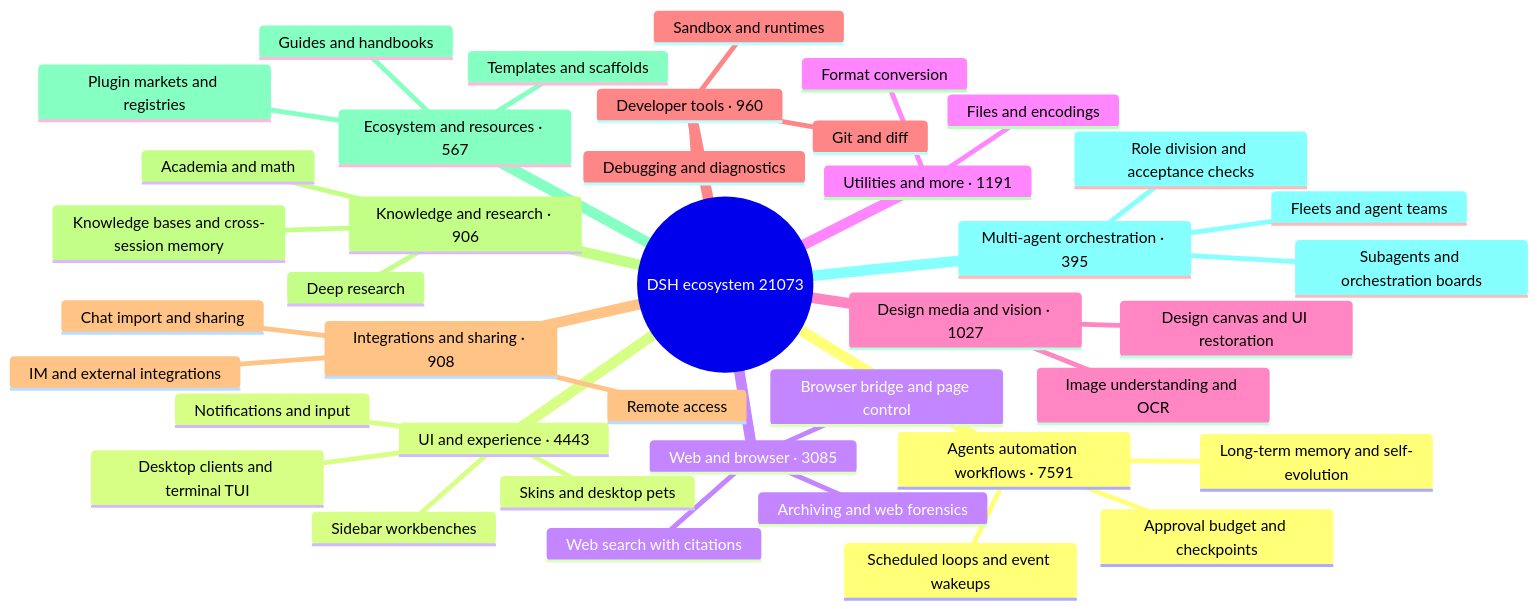
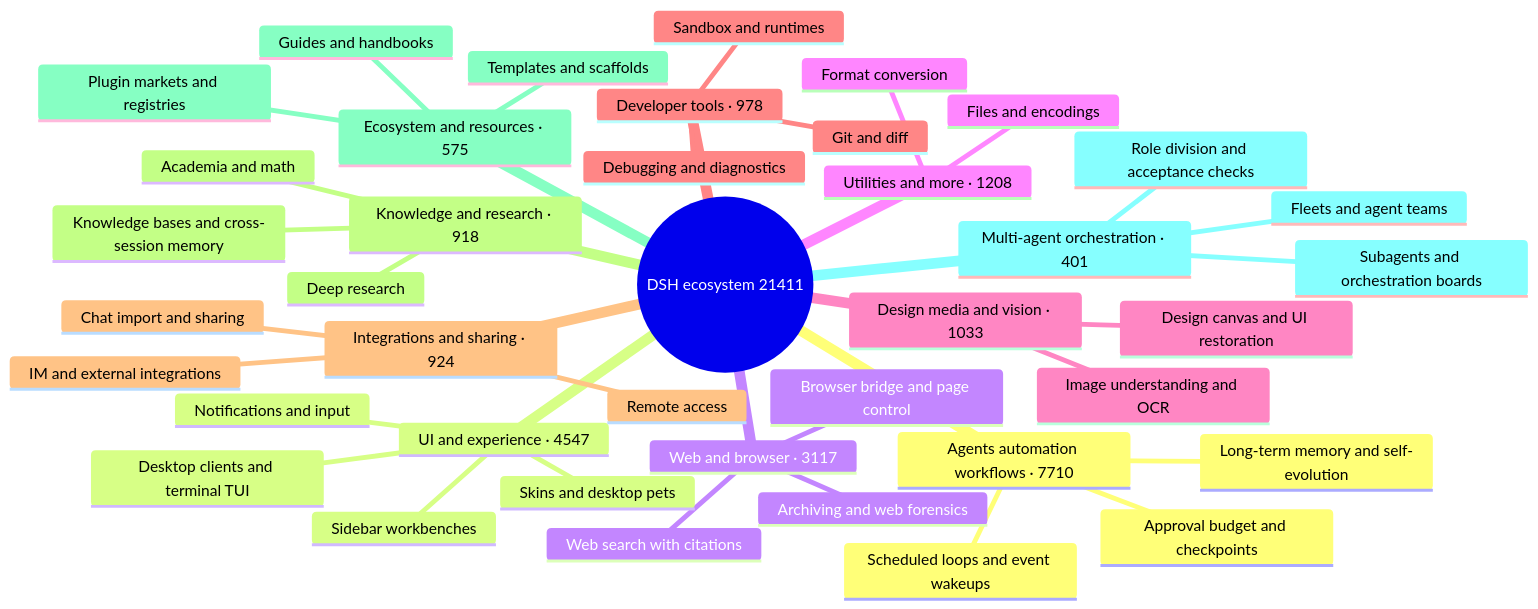
The diagram in README_EN.md (bruc3van/awesome-dsh-plugin), drawn with Mermaid before and after one commit. The commit also changed other lines of this file and 27 other files, not shown here.

````diff
--- a/README_EN.md
+++ b/README_EN.md
@@ -40,43 +40,43 @@
 ```mermaid
 mindmap
-  root((DSH ecosystem 21073))
-    Agents automation workflows · 7591
+  root((DSH ecosystem 21411))
+    Agents automation workflows · 7710
       Scheduled loops and event wakeups
       Long-term memory and self-evolution
       Approval budget and checkpoints
-    UI and experience · 4443
+    UI and experience · 4547
       Desktop clients and terminal TUI
       Sidebar workbenches
       Skins and desktop pets
       Notifications and input
-    Web and browser · 3085
+    Web and browser · 3117
       Browser bridge and page control
       Web search with citations
       Archiving and web forensics
-    Utilities and more · 1191
+    Utilities and more · 1208
       Files and encodings
       Format conversion
-    Design media and vision · 1027
+    Design media and vision · 1033
       Image understanding and OCR
       Design canvas and UI restoration
-    Developer tools · 960
+    Developer tools · 978
       Git and diff
       Sandbox and runtimes
       Debugging and diagnostics
-    Integrations and sharing · 908
+    Integrations and sharing · 924
       Chat import and sharing
       Remote access
       IM and external integrations
-    Knowledge and research · 906
+    Knowledge and research · 918
       Knowledge bases and cross-session memory
       Deep research
       Academia and math
-    Ecosystem and resources · 567
+    Ecosystem and resources · 575
       Plugin markets and registries
       Templates and scaffolds
       Guides and handbooks
-    Multi-agent orchestration · 395
+    Multi-agent orchestration · 401
       Subagents and orchestration boards
       Fleets and agent teams
       Role division and acceptance checks
 ```
````
